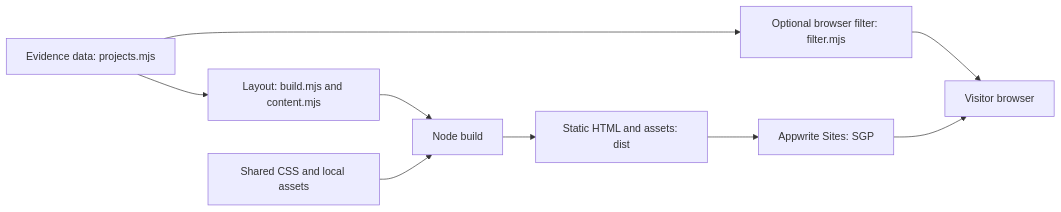
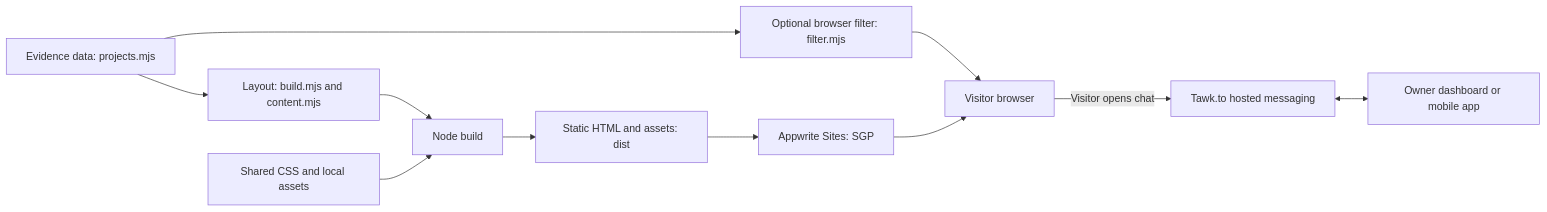
Before and after one commit to ChiragAgg5k/ul-university-notes: the first of 3 diagrams in 2026-27/SEM1/CS5709 - Software Engineering Evolution/Assignment 1/DESIGN.md, drawn with Mermaid. The commit also changed other lines of this file and 10 other files, not shown here.

Commit message:
Integrate click-to-load Tawk chat with privacy notice and fallback

````diff
--- a/2026-27/SEM1/CS5709 - Software Engineering Evolution/Assignment 1/DESIGN.md
+++ b/2026-27/SEM1/CS5709 - Software Engineering Evolution/Assignment 1/DESIGN.md
@@ -16,11 +16,13 @@
 ```mermaid
 flowchart LR
   Source[Layout: build.mjs and content.mjs] --> Build[Node build]
   Data[Evidence data: projects.mjs] --> Source
   Data --> Filter[Optional browser filter: filter.mjs]
   Filter --> Browser
   CSS[Shared CSS and local assets] --> Build
   Build --> HTML[Static HTML and assets: dist]
   HTML --> Host[Appwrite Sites: SGP]
   Host --> Browser[Visitor browser]
+  Browser -->|Visitor opens chat| Tawk[Tawk.to hosted messaging]
+  Tawk <--> Owner[Owner dashboard or mobile app]
 ```
````
